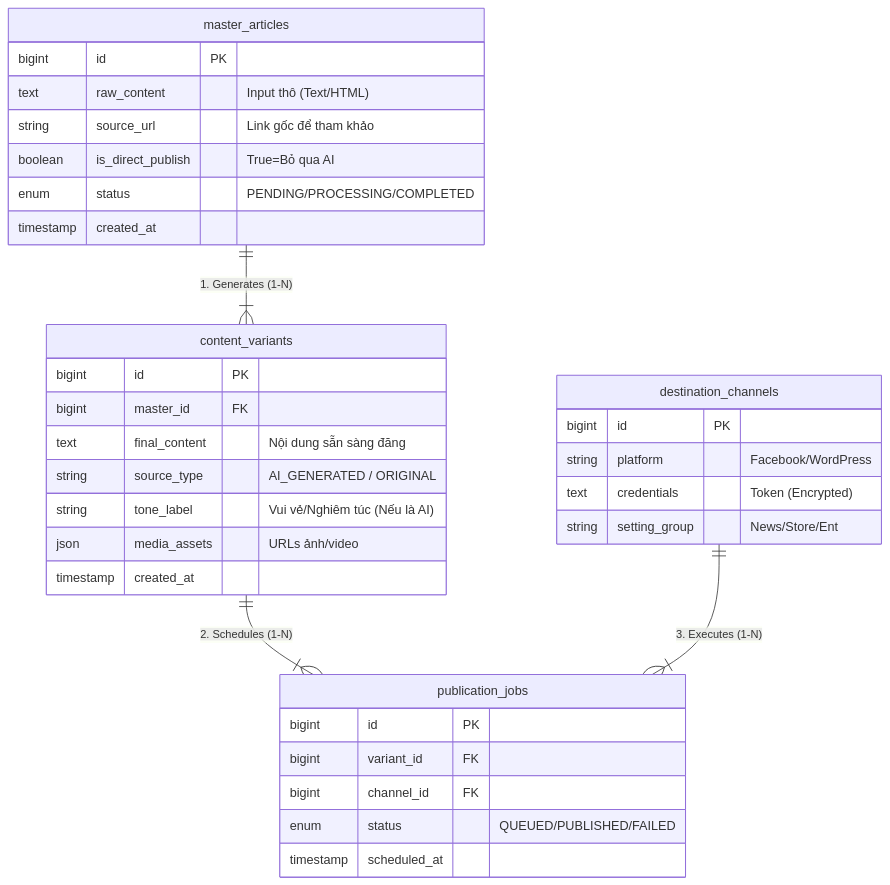
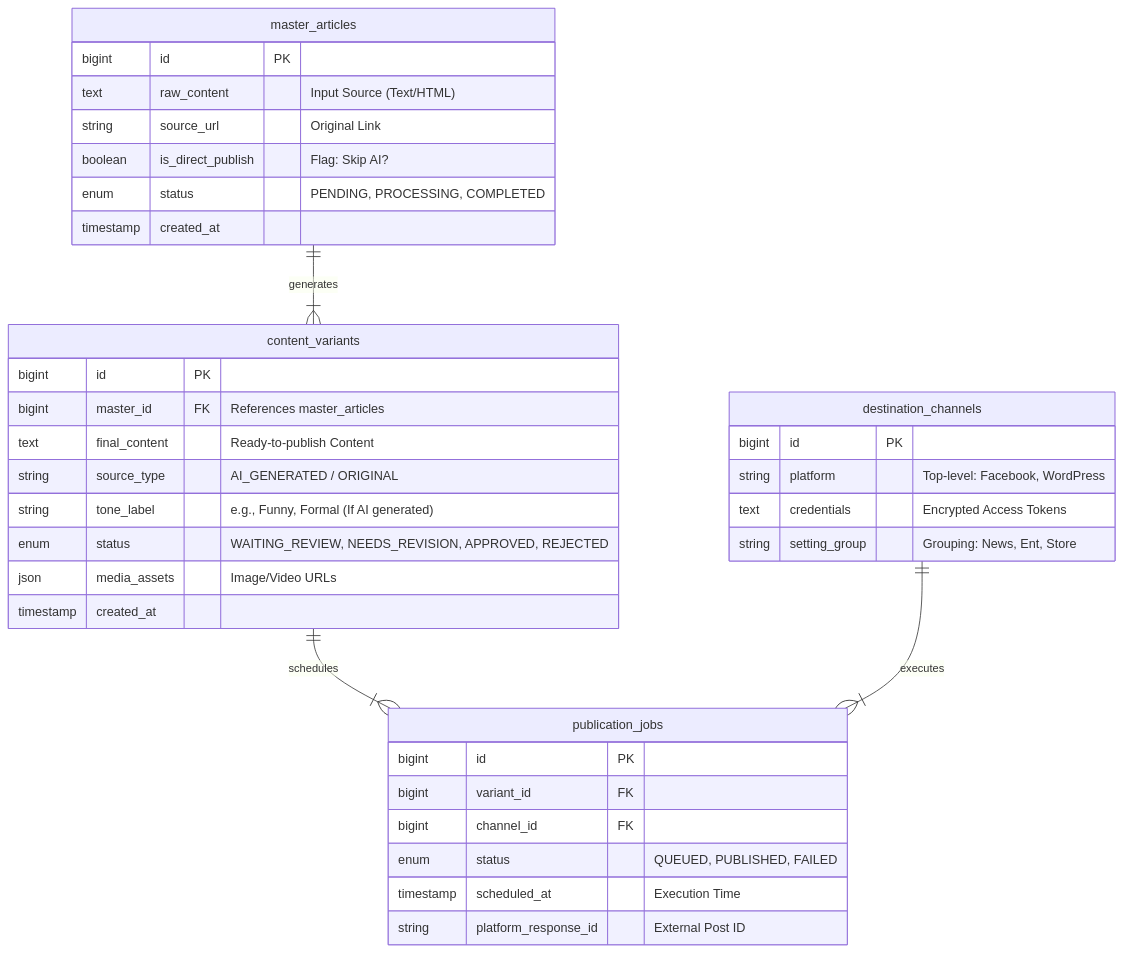
Before and after one commit to tunv22012k/post-fb: the first of 2 diagrams in SCALABLE_SYSTEM_PLAN.md, drawn with Mermaid. The commit also changed other lines of this file, not shown here.

````diff
--- a/SCALABLE_SYSTEM_PLAN.md
+++ b/SCALABLE_SYSTEM_PLAN.md
@@ -35,37 +38,43 @@
 ```mermaid
 erDiagram
-    master_articles ||--|{ content_variants : "1. Generates (1-N)"
-    content_variants ||--|{ publication_jobs : "2. Schedules (1-N)"
-    destination_channels ||--|{ publication_jobs : "3. Executes (1-N)"
-    
+    %% Core Entities
+    master_articles ||--|{ content_variants : "generates"
+    content_variants ||--|{ publication_jobs : "schedules"
+    destination_channels ||--|{ publication_jobs : "executes"
+
     master_articles {
         bigint id PK
-        text raw_content "Input thô (Text/HTML)"
-        string source_url "Link gốc để tham khảo"
-        boolean is_direct_publish "True=Bỏ qua AI"
-        enum status "PENDING/PROCESSING/COMPLETED"
+        text raw_content "Input Source (Text/HTML)"
+        string source_url "Original Link"
+        boolean is_direct_publish "Flag: Skip AI?"
+        enum status "PENDING, PROCESSING, COMPLETED"
         timestamp created_at
     }
+
     content_variants {
         bigint id PK
-        bigint master_id FK
-        text final_content "Nội dung sẵn sàng đăng"
+        bigint master_id FK "References master_articles"
+        text final_content "Ready-to-publish Content"
         string source_type "AI_GENERATED / ORIGINAL"
-        string tone_label "Vui vẻ/Nghiêm túc (Nếu là AI)"
-        json media_assets "URLs ảnh/video"
+        string tone_label "e.g., Funny, Formal (If AI generated)"
+        enum status "WAITING_REVIEW, NEEDS_REVISION, APPROVED, REJECTED"
+        json media_assets "Image/Video URLs"
         timestamp created_at
     }
+
     destination_channels {
         bigint id PK
-        string platform "Facebook/WordPress"
-        text credentials "Token (Encrypted)"
-        string setting_group "News/Store/Ent"
+        string platform "Top-level: Facebook, WordPress"
+        text credentials "Encrypted Access Tokens"
+        string setting_group "Grouping: News, Ent, Store"
     }
+
     publication_jobs {
         bigint id PK
         bigint variant_id FK
         bigint channel_id FK
-        enum status "QUEUED/PUBLISHED/FAILED"
-        timestamp scheduled_at
+        enum status "QUEUED, PUBLISHED, FAILED"
+        timestamp scheduled_at "Execution Time"
+        string platform_response_id "External Post ID"
     }
 ```
````
